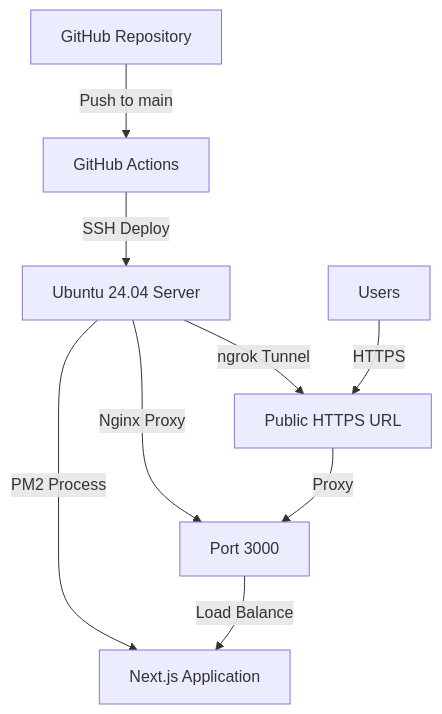
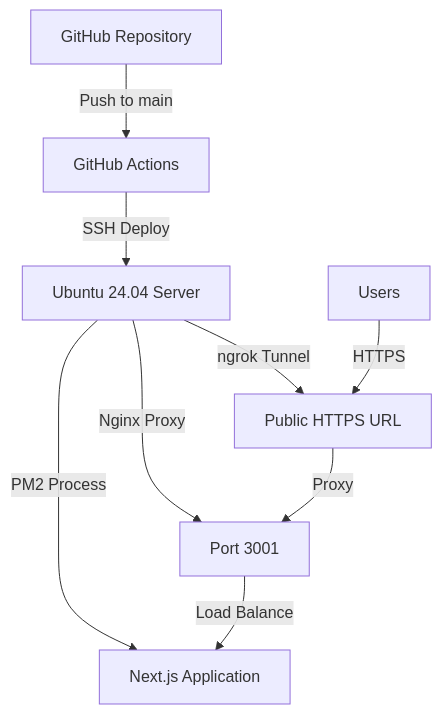
One commit to Sandeep-dommar01/Protifoilo changed the diagram in README.md. Above: the diagram before and after it, drawn with Mermaid. The commit also changed other lines of this file and 1 other file, not shown here.

First line of the commit message:
Fix port configuration - standardize to port 3001

````diff
--- a/README.md
+++ b/README.md
@@ -173,11 +173,11 @@
 ```mermaid
 graph TB
     A[GitHub Repository] -->|Push to main| B[GitHub Actions]
     B -->|SSH Deploy| C[Ubuntu 24.04 Server]
     C -->|PM2 Process| D[Next.js Application]
-    C -->|Nginx Proxy| E[Port 3000]
+    C -->|Nginx Proxy| E[Port 3001]
     C -->|ngrok Tunnel| F[Public HTTPS URL]
     G[Users] -->|HTTPS| F
     F -->|Proxy| E
     E -->|Load Balance| D
 ```
````
